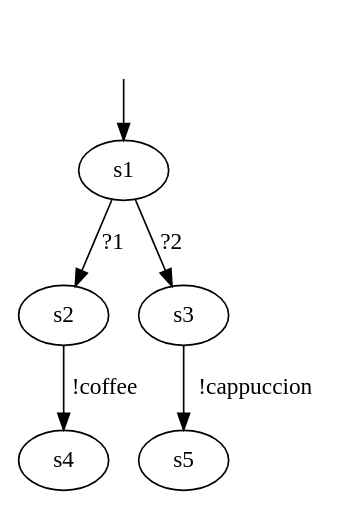
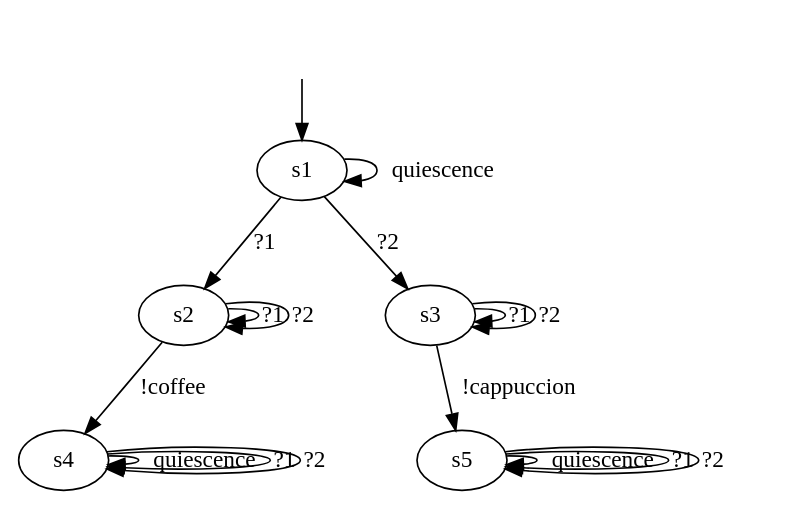
One commit to haubitzer/AALpy changed the diagram in DotModels/Iolts/ioco/05_ioco_P.dot. Above: the diagram before and after it, drawn with Graphviz. The commit also changed other lines of this file and 28 other files, not shown here.

```diff
--- a/DotModels/Iolts/ioco/05_ioco_P.dot
+++ b/DotModels/Iolts/ioco/05_ioco_P.dot
@@ -1,16 +1,24 @@
-digraph {
+digraph "../../DotModels/Iolts/ioco/05_ioco_P" {
 s1 [label=s1];
 s2 [label=s2];
 s3 [label=s3];
 s4 [label=s4];
 s5 [label=s5];
-
+s1 -> s1  [label=quiescence];
 s1 -> s3  [label="?2"];
 s1 -> s2  [label="?1"];
 s2 -> s4  [label="!coffee"];
+s2 -> s2  [label="?1"];
+s2 -> s2  [label="?2"];
 s3 -> s5  [label="!cappuccion"];
-
-
+s3 -> s3  [label="?1"];
+s3 -> s3  [label="?2"];
+s4 -> s4  [label=quiescence];
+s4 -> s4  [label="?1"];
+s4 -> s4  [label="?2"];
+s5 -> s5  [label=quiescence];
+s5 -> s5  [label="?1"];
+s5 -> s5  [label="?2"];
 __start0 [label="", shape=none];
 __start0 -> s1  [label=""];
 }
```
